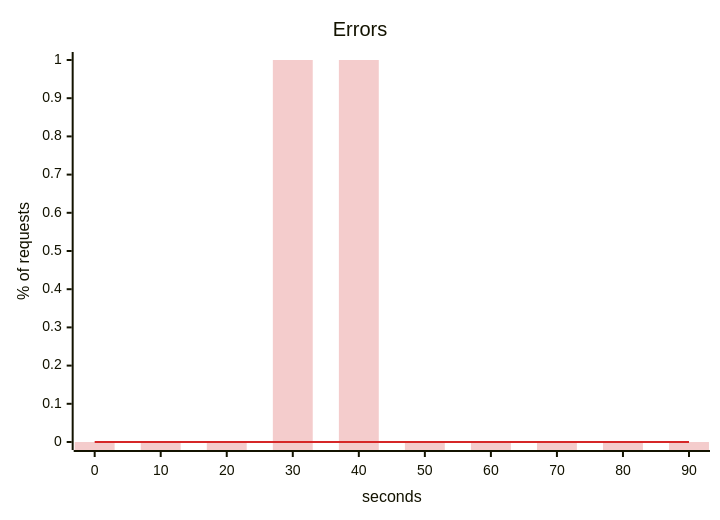
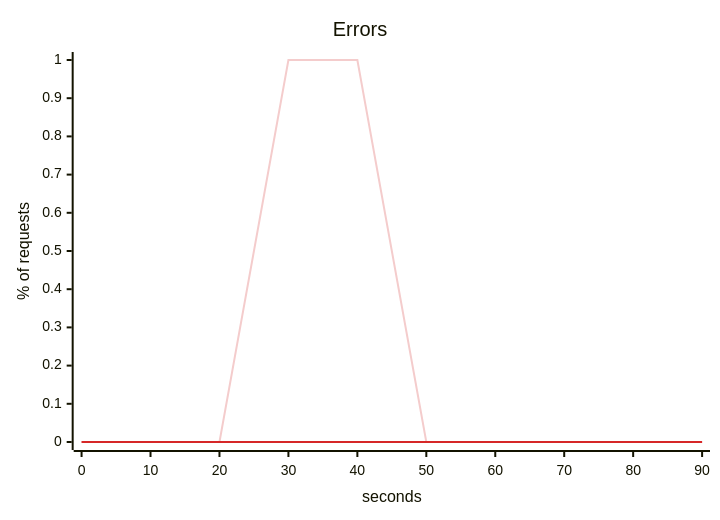
The fourth of 5 diagrams in internal/report/testdata/pool.md (akinfemi/load-lore), drawn with Mermaid before and after one commit. The commit also changed other lines of this file and 47 other files, not shown here.

````diff
--- a/internal/report/testdata/pool.md
+++ b/internal/report/testdata/pool.md
@@ -72,14 +74,15 @@
 ```mermaid
 ---
 config:
   themeVariables:
     xyChart:
+      backgroundColor: "transparent"
       plotColorPalette: "#f4cccc, #d62728"
 ---
 xychart-beta
     title "Errors"
     x-axis "seconds" 0 --> 90
     y-axis "% of requests" 0 --> 1
-    bar [0, 0, 0, 1, 1, 0, 0, 0, 0, 0]
+    line [0, 0, 0, 1, 1, 0, 0, 0, 0, 0]
     line [0, 0, 0, 0, 0, 0, 0, 0, 0, 0]
 ```
````
